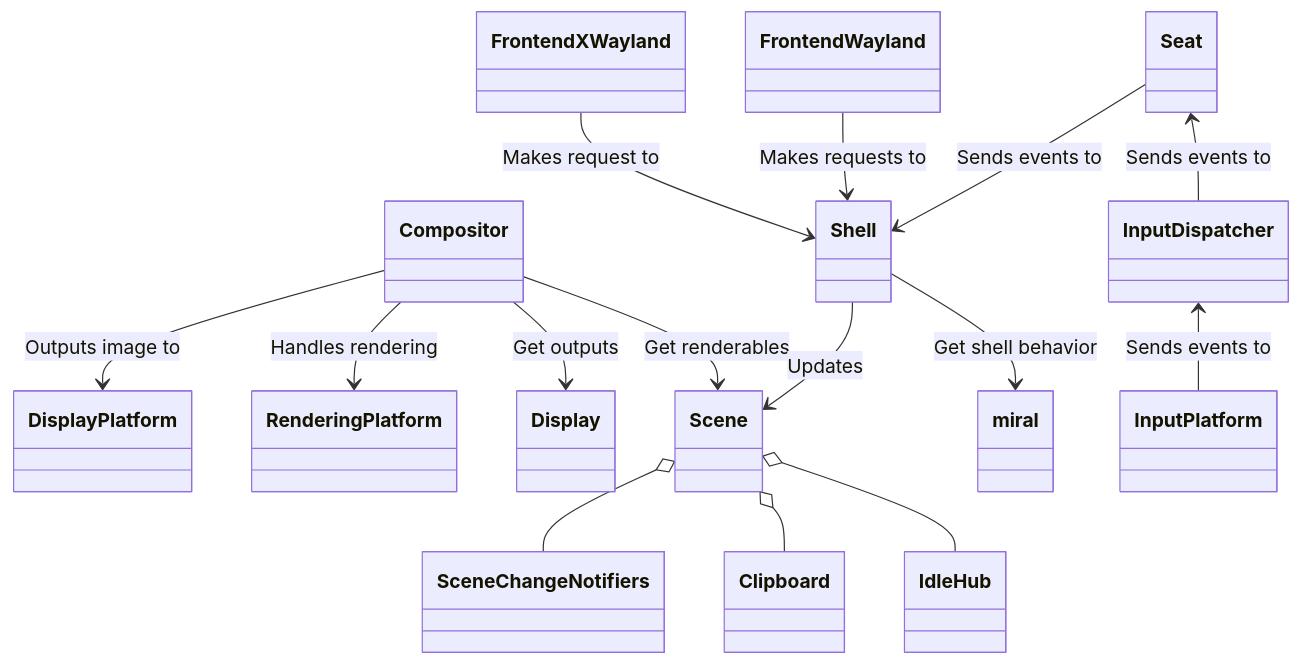
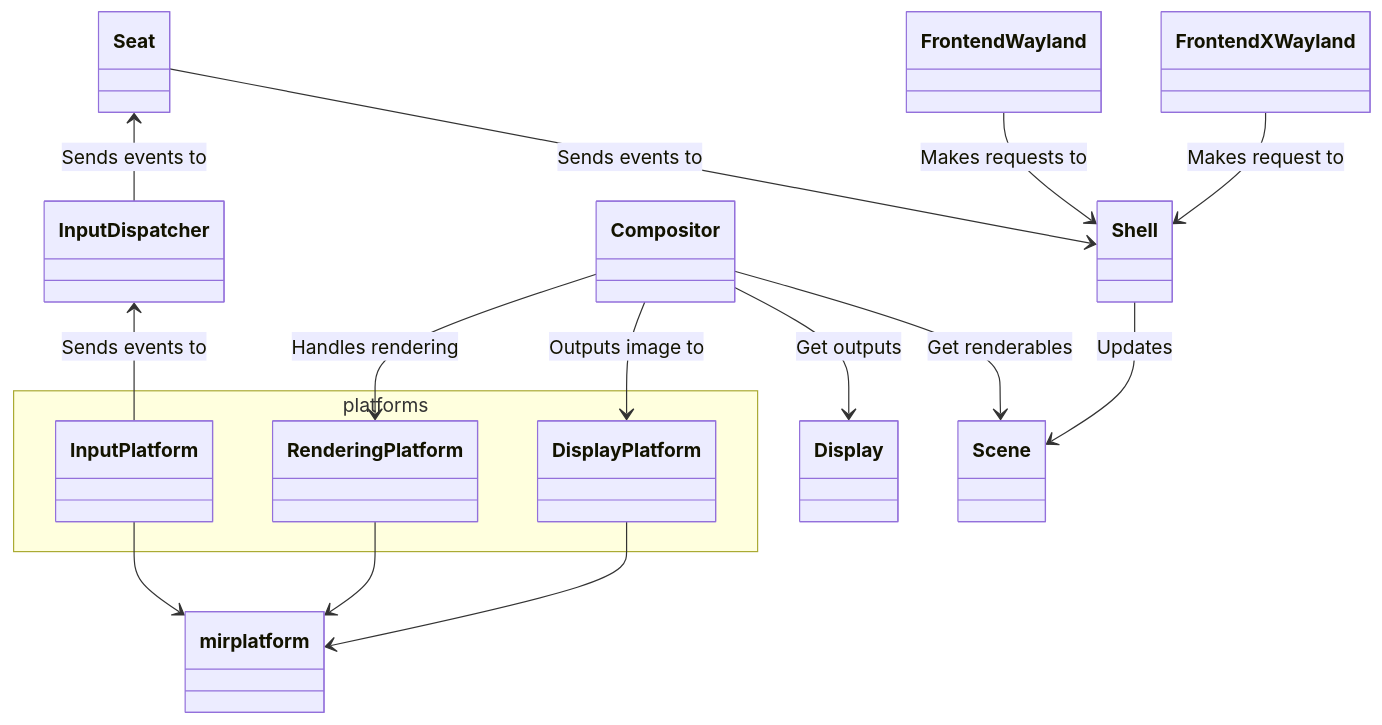
The diagram in doc/sphinx/explanation/mirserver.mmd (canonical/mir), drawn with Mermaid before and after one commit.

Commit message:
Tweak layout of mirserver.mmd

```diff
--- a/doc/sphinx/explanation/mirserver.mmd
+++ b/doc/sphinx/explanation/mirserver.mmd
@@ -1,20 +1,24 @@
 
 classDiagram
+    namespace platforms {
+        class DisplayPlatform
+        class RenderingPlatform
+        class InputPlatform
+    }
+
+    DisplayPlatform --> mirplatform
+    RenderingPlatform --> mirplatform
+    InputPlatform --> mirplatform
+
+    Seat <-- InputDispatcher: Sends events to
+    FrontendXWayland --> Shell: Makes request to
+    FrontendWayland --> Shell: Makes requests to
+    Seat --> Shell: Sends events to
+
+    Compositor --> Display: Get outputs
+    Shell --> Scene: Updates
     Compositor --> Scene: Get renderables
-    Compositor --> Display: Get outputs
+
+    InputDispatcher <-- InputPlatform: Sends events to
     Compositor --> RenderingPlatform: Handles rendering
     Compositor --> DisplayPlatform: Outputs image to
-    Shell --> miral: Get shell behavior
-    Shell --> Scene: Updates
-    InputDispatcher <-- InputPlatform: Sends events to
-    Seat <-- InputDispatcher: Sends events to
-    Seat --> Shell: Sends events to
-    FrontendWayland --> Shell: Makes requests to
-    FrontendXWayland --> Shell: Makes request to
-    Scene o-- IdleHub
-    Scene o-- Clipboard
-    Scene o-- SceneChangeNotifiers
-
-
-    %%Server --> Core
-    %%Server --> Common
```
